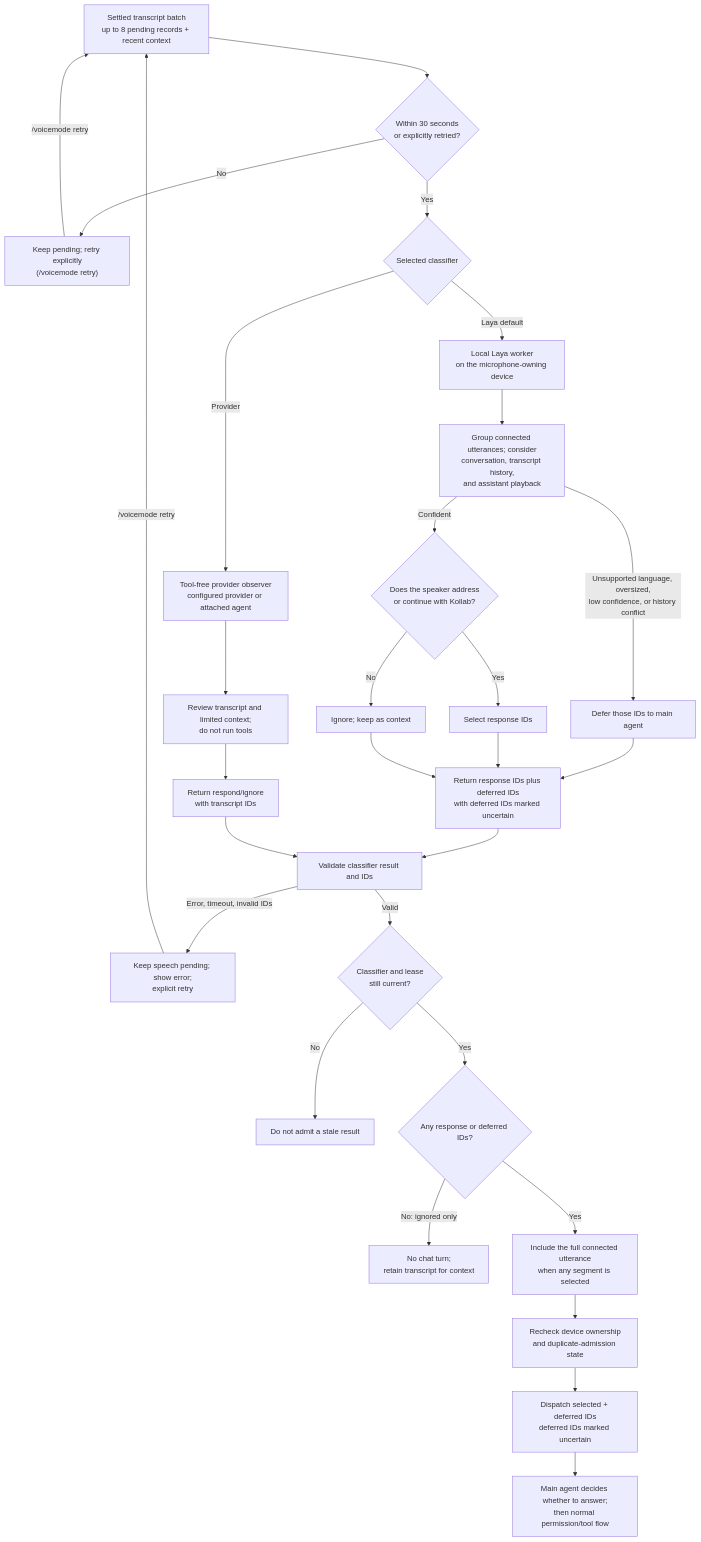
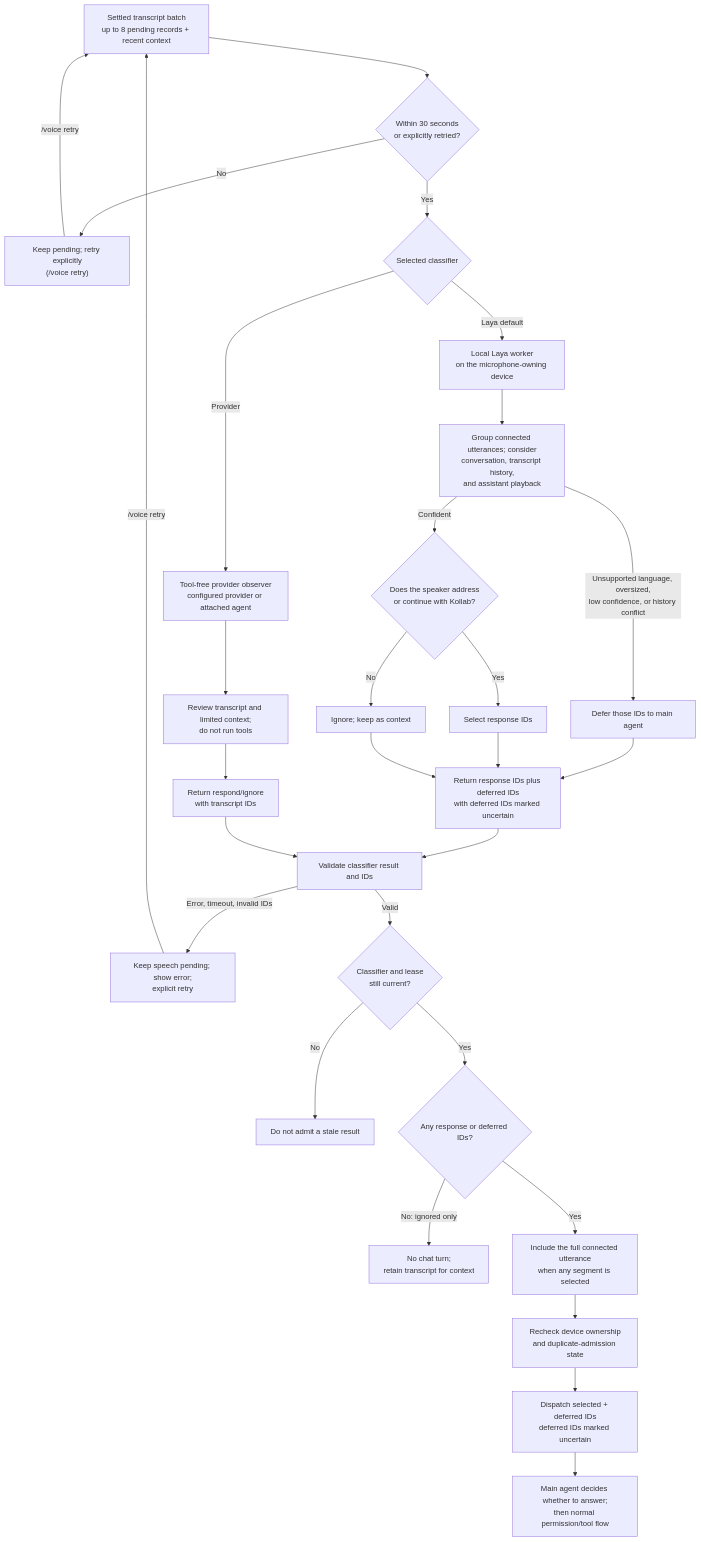
The second of 2 diagrams in docs/features/voice-mode.md (kollaborai/kollab), drawn with Mermaid before and after one commit. The commit also changed other lines of this file and 40 other files, not shown here.

````diff
--- a/docs/features/voice-mode.md
+++ b/docs/features/voice-mode.md
@@ -71,35 +76,35 @@
 ```mermaid
 flowchart TD
     Batch["Settled transcript batch<br/>up to 8 pending records + recent context"] --> Fresh{"Within 30 seconds<br/>or explicitly retried?"}
-    Fresh -->|No| Pending["Keep pending; retry explicitly<br/>(/voicemode retry)"]
+    Fresh -->|No| Pending["Keep pending; retry explicitly<br/>(/voice retry)"]
     Fresh -->|Yes| Route{"Selected classifier"}
-    Pending -->|/voicemode retry| Batch
+    Pending -->|/voice retry| Batch
 
     Route -->|Laya default| Laya["Local Laya worker<br/>on the microphone-owning device"]
     Route -->|Provider| Provider["Tool-free provider observer<br/>configured provider or attached agent"]
 
     Laya --> Assess["Group connected utterances; consider<br/>conversation, transcript history,<br/>and assistant playback"]
     Assess -->|Unsupported language, oversized,<br/>low confidence, or history conflict| Defer["Defer those IDs to main agent"]
     Assess -->|Confident| LIntent{"Does the speaker address<br/>or continue with Kollab?"}
     LIntent -->|Yes| LSelect["Select response IDs"]
     LIntent -->|No| LIgnore["Ignore; keep as context"]
     Defer --> LResult["Return response IDs plus deferred IDs<br/>with deferred IDs marked uncertain"]
     LSelect --> LResult
     LIgnore --> LResult
 
     Provider --> PContext["Review transcript and limited context;<br/>do not run tools"]
     PContext --> PResult["Return respond/ignore<br/>with transcript IDs"]
     LResult --> Validate["Validate classifier result and IDs"]
     PResult --> Validate
 
     Validate -->|Error, timeout, invalid IDs| Retry["Keep speech pending; show error;<br/>explicit retry"]
-    Retry -->|/voicemode retry| Batch
+    Retry -->|/voice retry| Batch
     Validate -->|Valid| Current{"Classifier and lease<br/>still current?"}
     Current -->|No| Recheck["Do not admit a stale result"]
     Current -->|Yes| Any{"Any response or deferred IDs?"}
     Any -->|No: ignored only| NoTurn["No chat turn;<br/>retain transcript for context"]
     Any -->|Yes| Expand["Include the full connected utterance<br/>when any segment is selected"]
     Expand --> Guard["Recheck device ownership<br/>and duplicate-admission state"]
     Guard --> Admit["Dispatch selected + deferred IDs<br/>deferred IDs marked uncertain"]
     Admit --> Main["Main agent decides whether to answer;<br/>then normal permission/tool flow"]
 ```
````
